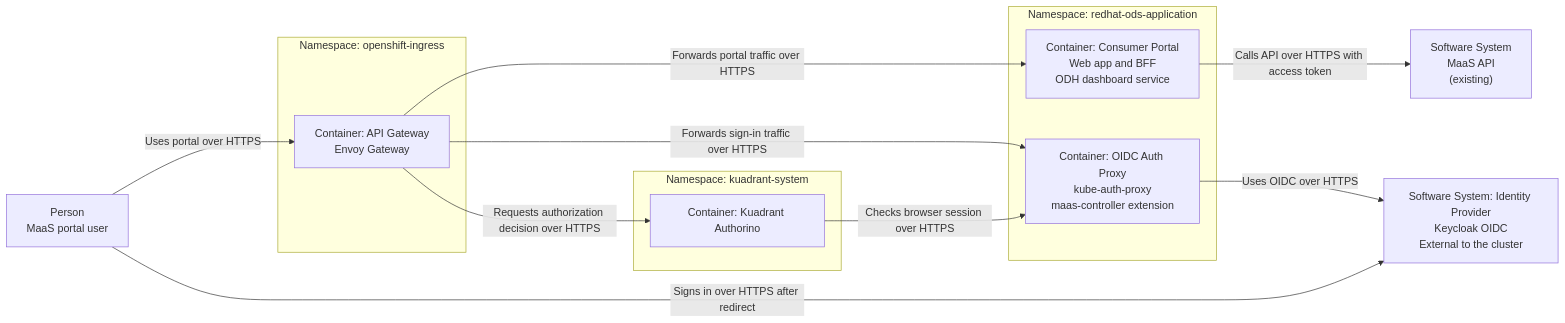
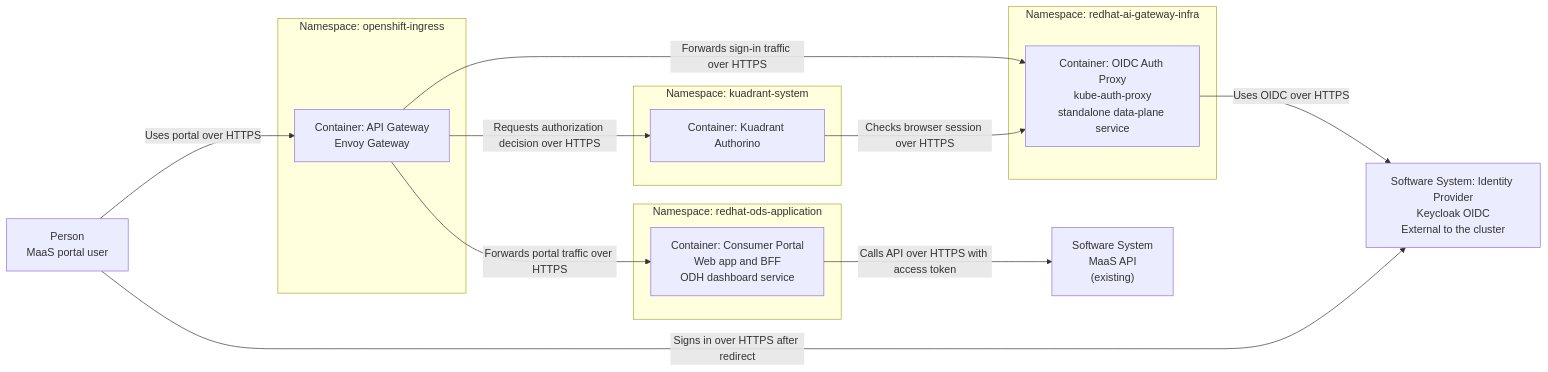
One commit to opendatahub-io/architecture-decision-records changed the first of 2 diagrams in architecture-decision-records/model-serving/ODH-ADR-MS-0007-maas-consumer-portal-oidc-gateway-layout.md. Above: the diagram before and after it, drawn with Mermaid. The commit also changed other lines of this file and 1 other file, not shown here.

````diff
--- a/architecture-decision-records/model-serving/ODH-ADR-MS-0007-maas-consumer-portal-oidc-gateway-layout.md
+++ b/architecture-decision-records/model-serving/ODH-ADR-MS-0007-maas-consumer-portal-oidc-gateway-layout.md
@@ -62,29 +65,32 @@
 ```mermaid
 flowchart LR
   user["Person<br/>MaaS portal user"]
   api["Software System<br/>MaaS API<br/>(existing)"]
 
   subgraph ns_ingress["Namespace: openshift-ingress"]
     gateway["Container: API Gateway<br/>Envoy Gateway"]
   end
 
+  subgraph ns_infra["Namespace: redhat-ai-gateway-infra"]
+    auth_proxy["Container: OIDC Auth Proxy<br/>kube-auth-proxy<br/>standalone data-plane service"]
+  end
+
   subgraph ns_apps["Namespace: redhat-ods-application"]
     portal["Container: Consumer Portal<br/>Web app and BFF<br/>ODH dashboard service"]
-    auth_proxy["Container: OIDC Auth Proxy<br/>kube-auth-proxy<br/>maas-controller extension"]
   end
 
   subgraph ns_kuadrant["Namespace: kuadrant-system"]
     authorino["Container: Kuadrant Authorino"]
   end
 
   keycloak["Software System: Identity Provider<br/>Keycloak OIDC<br/>External to the cluster"]
 
   user -->|"Uses portal over HTTPS"| gateway
   gateway -->|"Forwards portal traffic over HTTPS"| portal
   gateway -->|"Forwards sign-in traffic over HTTPS"| auth_proxy
   gateway -->|"Requests authorization decision over HTTPS"| authorino
   authorino -->|"Checks browser session over HTTPS"| auth_proxy
   auth_proxy -->|"Uses OIDC over HTTPS"| keycloak
   user -->|"Signs in over HTTPS after redirect"| keycloak
   portal -->|"Calls API over HTTPS with access token"| api
 ```
````
